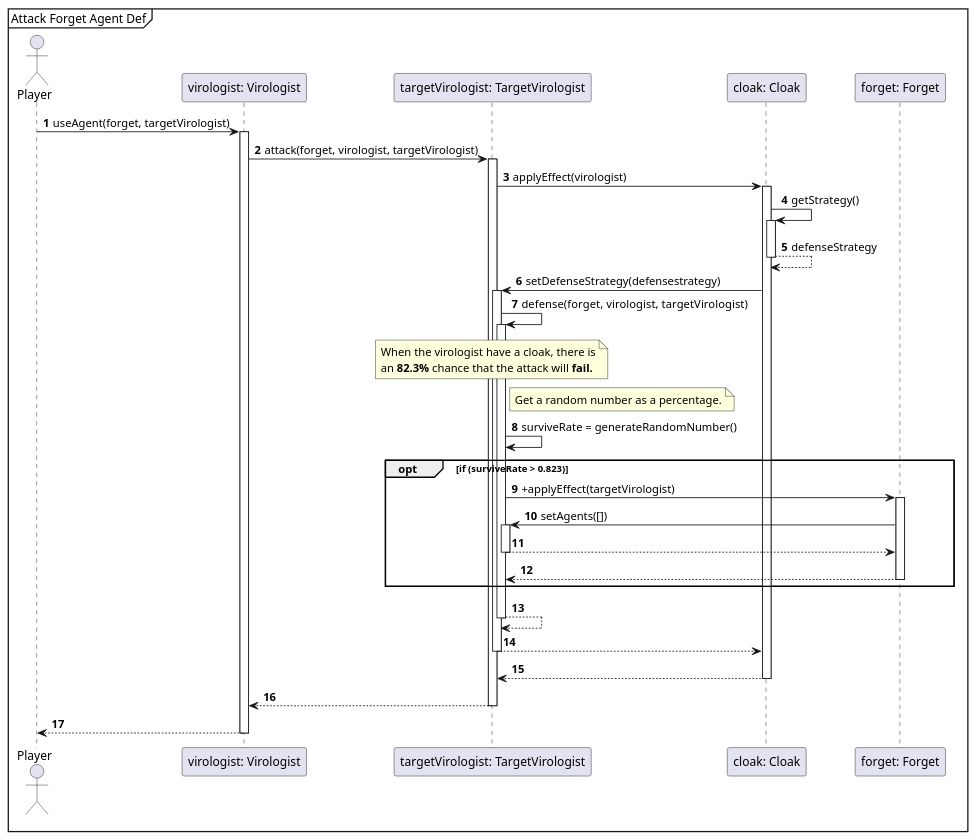
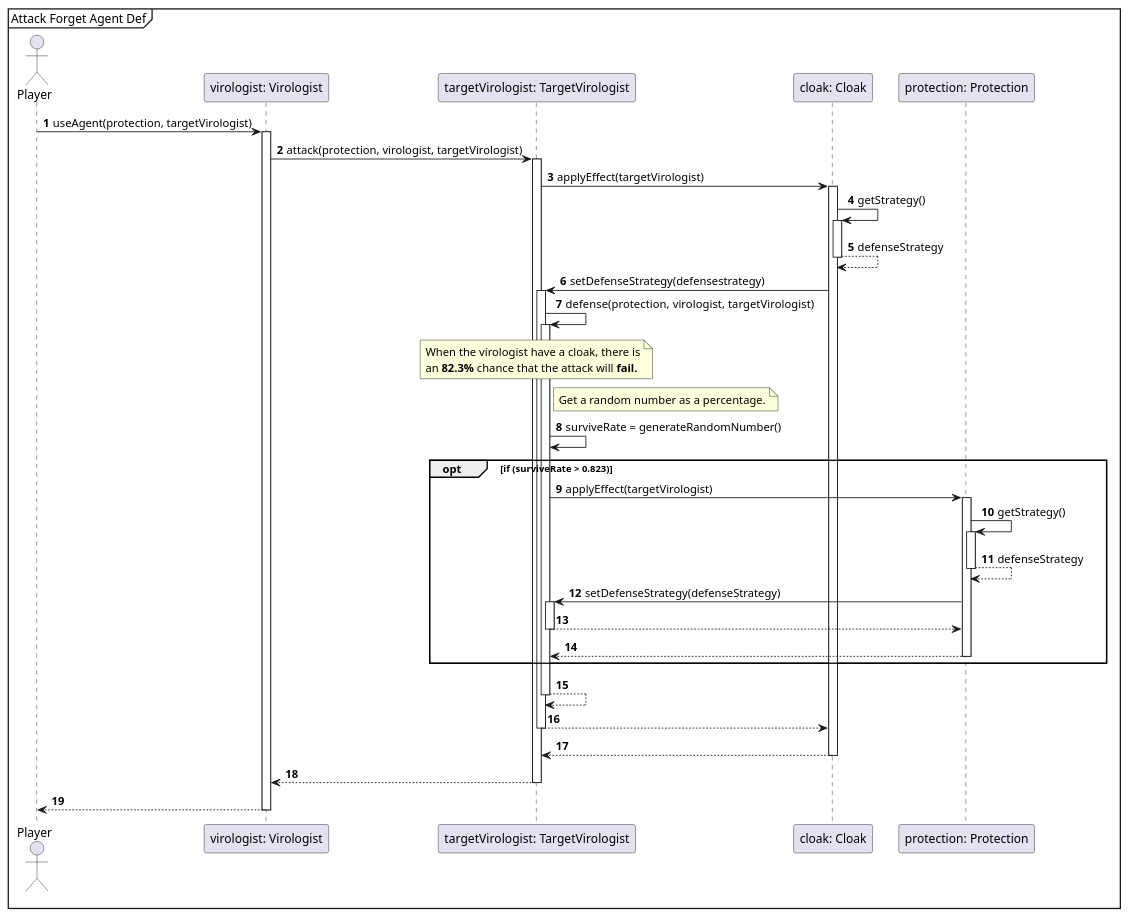
The diagram in Exact Sequence-diagrams/AttackProtectionAgentDEF.puml (Projlab-csb/projlab-virologus), drawn with PlantUML before and after one commit. The commit also changed 15 other files, not shown here.

```diff
--- a/Exact Sequence-diagrams/AttackProtectionAgentDEF.puml
+++ b/Exact Sequence-diagrams/AttackProtectionAgentDEF.puml
@@ -1,52 +1,55 @@
 @startuml
 'https://plantuml.com/sequence-diagram
 
 autonumber
 
 mainframe Attack Forget Agent Def
 
 actor Player
 
-Player -> "virologist: Virologist"++: useAgent(forget, targetVirologist)
- "virologist: Virologist" -> "targetVirologist: TargetVirologist"++: attack(forget, virologist, targetVirologist)
+Player -> "virologist: Virologist"++: useAgent(protection, targetVirologist)
+ "virologist: Virologist" -> "targetVirologist: TargetVirologist"++: attack(protection, virologist, targetVirologist)
 
- "targetVirologist: TargetVirologist" -> "cloak: Cloak" ++ : applyEffect(virologist)
+ "targetVirologist: TargetVirologist" -> "cloak: Cloak" ++ : applyEffect(targetVirologist)
 
  "cloak: Cloak"  -> "cloak: Cloak" ++ : getStrategy()
  "cloak: Cloak"  --> "cloak: Cloak" -- : defenseStrategy
 
  "cloak: Cloak"  -> "targetVirologist: TargetVirologist"++: setDefenseStrategy(defensestrategy)
 
 
-"targetVirologist: TargetVirologist" -> "targetVirologist: TargetVirologist"++: defense(forget, virologist,  targetVirologist)
+"targetVirologist: TargetVirologist" -> "targetVirologist: TargetVirologist"++: defense(protection, virologist,  targetVirologist)
 
 
 note over "targetVirologist: TargetVirologist"
     When the virologist have a cloak, there is
     an **82.3%** chance that the attack will **fail.**
 end note
 
 note right of "targetVirologist: TargetVirologist"
 Get a random number as a percentage.
 end note
 
 "targetVirologist: TargetVirologist" -> "targetVirologist: TargetVirologist": surviveRate = generateRandomNumber()
 
 opt if (surviveRate > 0.823)
-    "targetVirologist: TargetVirologist" -> "forget: Forget"++: +applyEffect(targetVirologist)
+    "targetVirologist: TargetVirologist" -> "protection: Protection"++ : applyEffect(targetVirologist)
 
-    "forget: Forget" -> "targetVirologist: TargetVirologist"++ : setAgents([])
-    "targetVirologist: TargetVirologist" --> "forget: Forget"--
-    "forget: Forget" --> "targetVirologist: TargetVirologist"--
+        "protection: Protection" -> "protection: Protection"++ : getStrategy()
+        "protection: Protection" --> "protection: Protection"-- : defenseStrategy
+
+        "protection: Protection" -> "targetVirologist: TargetVirologist"++: setDefenseStrategy(defenseStrategy)
+        "targetVirologist: TargetVirologist" --> "protection: Protection"--
+     "protection: Protection" --> "targetVirologist: TargetVirologist"--
 end opt
 
 "targetVirologist: TargetVirologist" --> "targetVirologist: TargetVirologist" --
 
 "targetVirologist: TargetVirologist" --> "cloak: Cloak" --
 "cloak: Cloak" --> "targetVirologist: TargetVirologist" --
 
 
 "targetVirologist: TargetVirologist" --> "virologist: Virologist" --
 
 "virologist: Virologist" --> Player --
 @enduml
```
